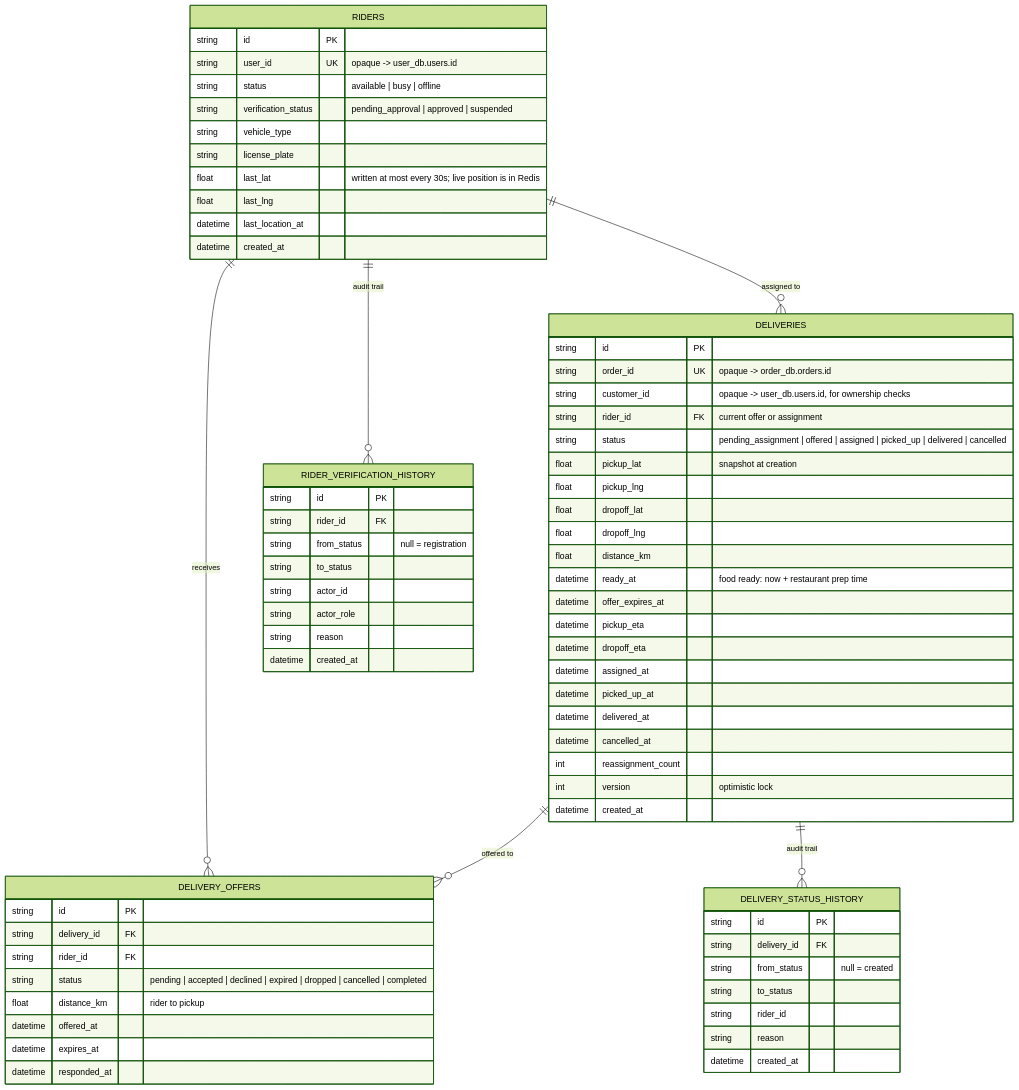
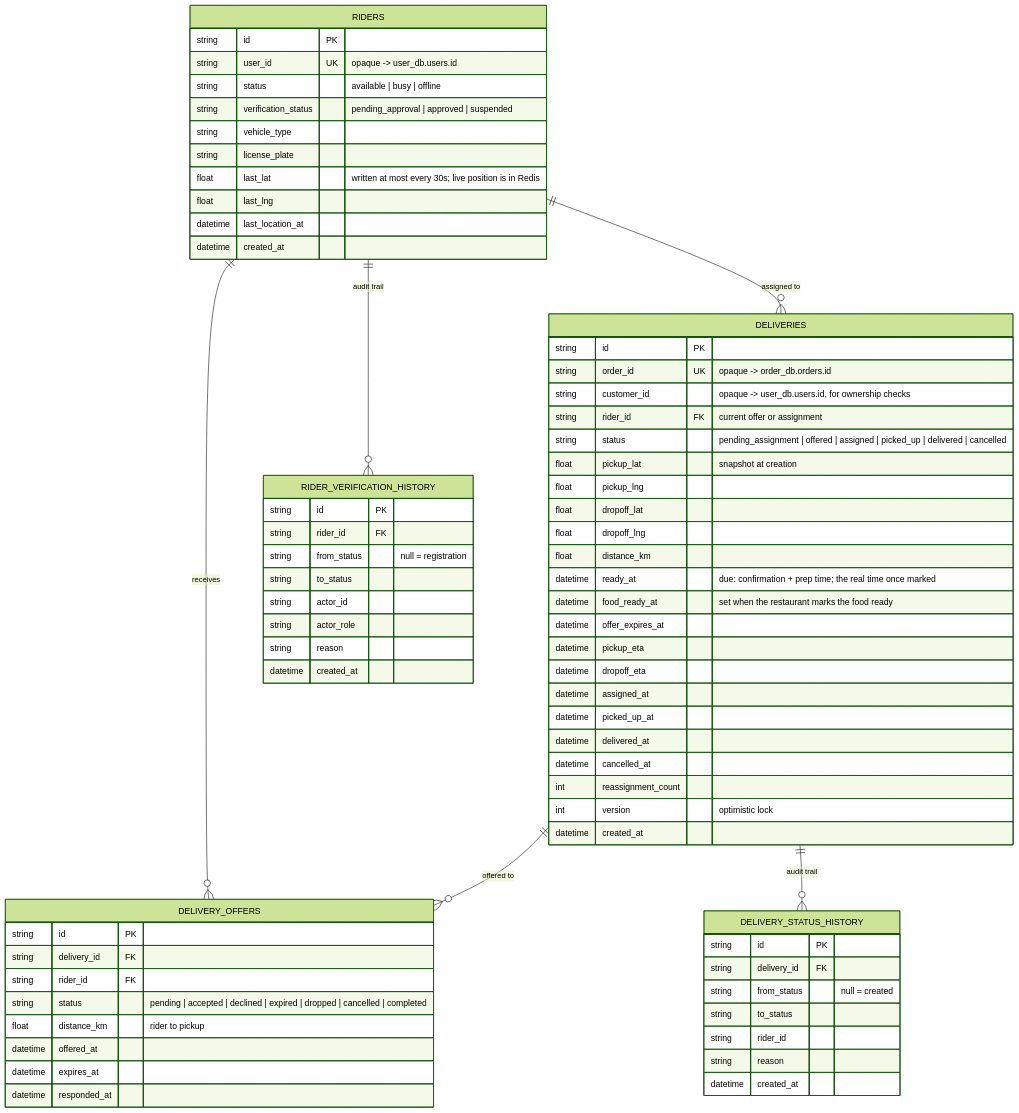
Diagram 23 of 28 in docs/diagrams.md (umer-emumba/smartfoodops-ms), drawn with Mermaid (forest theme) before and after one commit. The commit also changed other lines of this file and 3 other files, not shown here.

First line of the commit message:
Docs: catch up with food ready, saga deadlines and the improvements

````diff
--- a/docs/diagrams.md
+++ b/docs/diagrams.md
@@ -769,73 +805,74 @@
 ```mermaid
 erDiagram
     RIDERS ||--o{ DELIVERIES : "assigned to"
     RIDERS ||--o{ RIDER_VERIFICATION_HISTORY : "audit trail"
     DELIVERIES ||--o{ DELIVERY_OFFERS : "offered to"
     RIDERS ||--o{ DELIVERY_OFFERS : receives
     DELIVERIES ||--o{ DELIVERY_STATUS_HISTORY : "audit trail"
 
     RIDERS {
         string id PK
         string user_id UK "opaque -> user_db.users.id"
         string status "available | busy | offline"
         string verification_status "pending_approval | approved | suspended"
         string vehicle_type
         string license_plate
         float last_lat "written at most every 30s; live position is in Redis"
         float last_lng
         datetime last_location_at
         datetime created_at
     }
     DELIVERIES {
         string id PK
         string order_id UK "opaque -> order_db.orders.id"
         string customer_id "opaque -> user_db.users.id, for ownership checks"
         string rider_id FK "current offer or assignment"
         string status "pending_assignment | offered | assigned | picked_up | delivered | cancelled"
         float pickup_lat "snapshot at creation"
         float pickup_lng
         float dropoff_lat
         float dropoff_lng
         float distance_km
-        datetime ready_at "food ready: now + restaurant prep time"
+        datetime ready_at "due: confirmation + prep time; the real time once marked"
+        datetime food_ready_at "set when the restaurant marks the food ready"
         datetime offer_expires_at
         datetime pickup_eta
         datetime dropoff_eta
         datetime assigned_at
         datetime picked_up_at
         datetime delivered_at
         datetime cancelled_at
         int reassignment_count
         int version "optimistic lock"
         datetime created_at
     }
     RIDER_VERIFICATION_HISTORY {
         string id PK
         string rider_id FK
         string from_status "null = registration"
         string to_status
         string actor_id
         string actor_role
         string reason
         datetime created_at
     }
     DELIVERY_OFFERS {
         string id PK
         string delivery_id FK
         string rider_id FK
         string status "pending | accepted | declined | expired | dropped | cancelled | completed"
         float distance_km "rider to pickup"
         datetime offered_at
         datetime expires_at
         datetime responded_at
     }
     DELIVERY_STATUS_HISTORY {
         string id PK
         string delivery_id FK
         string from_status "null = created"
         string to_status
         string rider_id
         string reason
         datetime created_at
     }
 ```
````
